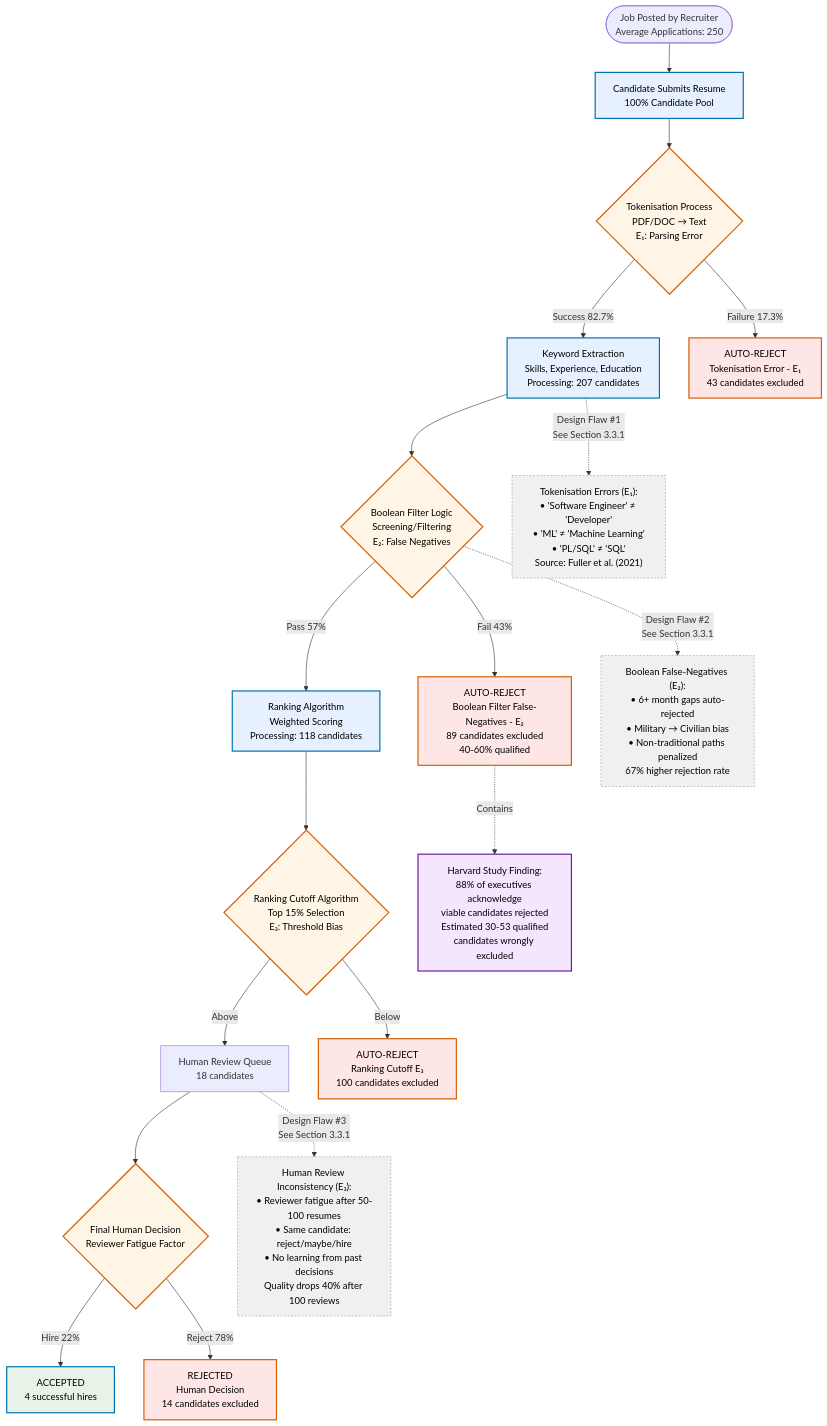
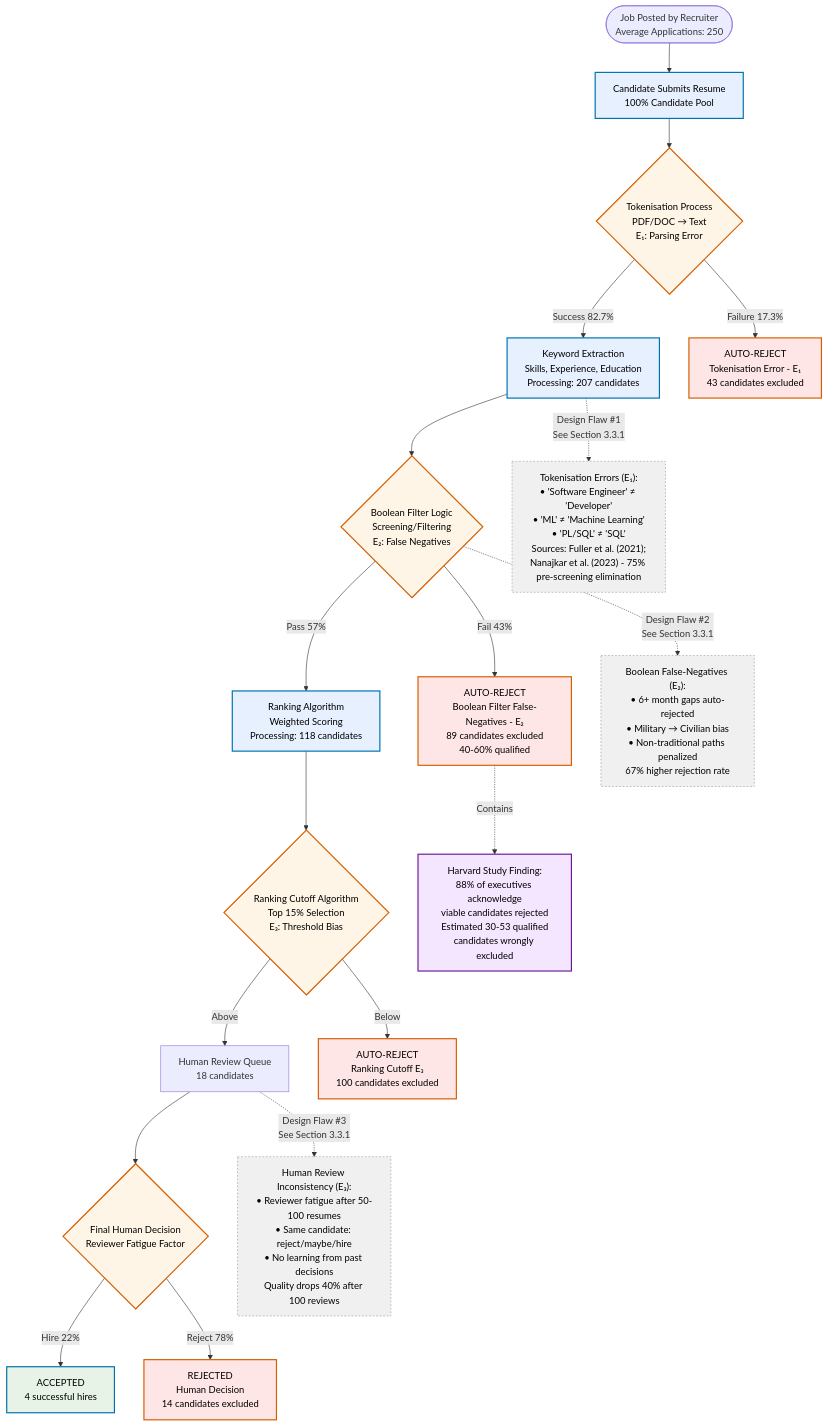
One commit to greyyT/thesis changed the diagram in PART_3.md. Above: the diagram before and after it, drawn with Mermaid. The commit also changed other lines of this file and 2 other files, not shown here.

Commit message:
feat(docs): enhance PART_3 with detailed flowchart of ATS workflow stages and integrate recent research findings

````diff
--- a/PART_3.md
+++ b/PART_3.md
@@ -60,47 +60,47 @@
 ```mermaid
 flowchart TD
     %% Probability tracking
     Start([Job Posted by Recruiter<br/>Average Applications: 250]) --> Submit[Candidate Submits Resume<br/>100% Candidate Pool]
 
     Submit --> Parse{Tokenisation Process<br/>PDF/DOC → Text<br/>E₁: Parsing Error}
     Parse -->|Success 82.7%| Extract[Keyword Extraction<br/>Skills, Experience, Education<br/>Processing: 207 candidates]
     Parse -->|Failure 17.3%| RejectParse[AUTO-REJECT<br/>Tokenisation Error - E₁<br/>43 candidates excluded]
 
     Extract --> Screen{Boolean Filter Logic<br/>Screening/Filtering<br/>E₂: False Negatives}
 
     Screen -->|Pass 57%| Rank[Ranking Algorithm<br/>Weighted Scoring<br/>Processing: 118 candidates]
     Screen -->|Fail 43%| RejectScreen[AUTO-REJECT<br/>Boolean Filter False-Negatives - E₂<br/>89 candidates excluded<br/>40-60% qualified]
 
     Rank --> Threshold{Ranking Cutoff Algorithm<br/>Top 15% Selection<br/>E₃: Threshold Bias}
     Threshold -->|Above| Human[Human Review Queue<br/>18 candidates]
     Threshold -->|Below| RejectThreshold[AUTO-REJECT<br/>Ranking Cutoff E₃<br/>100 candidates excluded]
 
     Human --> Final{Final Human Decision<br/>Reviewer Fatigue Factor}
     Final -->|Hire 22%| Accept[ACCEPTED<br/>4 successful hires]
     Final -->|Reject 78%| RejectFinal[REJECTED<br/>Human Decision<br/>14 candidates excluded]
 
     %% Highlight critical failure points with Harvard study findings
     RejectScreen -.->|Contains| QualifiedPool[Harvard Study Finding:<br/>88% of executives acknowledge<br/>viable candidates rejected<br/>Estimated 30-53 qualified<br/>candidates wrongly excluded]
 
     %% Design flaw annotations with Section references
-    Extract -.->|Design Flaw #1<br/>See Section 3.3.1| StaticKeywords["Tokenisation Errors (E₁):<br/>• 'Software Engineer' ≠ 'Developer'<br/>• 'ML' ≠ 'Machine Learning'<br/>• 'PL/SQL' ≠ 'SQL'<br/>Source: Fuller et al. (2021)"]
+    Extract -.->|Design Flaw #1<br/>See Section 3.3.1| StaticKeywords["Tokenisation Errors (E₁):<br/>• 'Software Engineer' ≠ 'Developer'<br/>• 'ML' ≠ 'Machine Learning'<br/>• 'PL/SQL' ≠ 'SQL'<br/>Sources: Fuller et al. (2021);<br/>Nanajkar et al. (2023) - 75% pre-screening elimination"]
 
     Screen -.->|Design Flaw #2<br/>See Section 3.3.1| HomogeneityBias["Boolean False-Negatives (E₂):<br/>• 6+ month gaps auto-rejected<br/>• Military → Civilian bias<br/>• Non-traditional paths penalized<br/>67% higher rejection rate"]
 
     Human -.->|Design Flaw #3<br/>See Section 3.3.1| BlackBox["Human Review Inconsistency (E₃):<br/>• Reviewer fatigue after 50-100 resumes<br/>• Same candidate: reject/maybe/hire<br/>• No learning from past decisions<br/>Quality drops 40% after 100 reviews"]
 
     %% Color-blind friendly styling (WCAG 2.1 AA compliant)
     classDef rejectNode fill:#ffe6e6,stroke:#D55E00,stroke-width:2px,color:#000
     classDef acceptNode fill:#e6f3e6,stroke:#0072B2,stroke-width:2px,color:#000
     classDef processNode fill:#e6f0ff,stroke:#0072B2,stroke-width:2px,color:#000
     classDef decisionNode fill:#fff5e6,stroke:#D55E00,stroke-width:2px,color:#000
     classDef flawNode fill:#f0f0f0,stroke:#999999,stroke-width:1px,stroke-dasharray: 3 3,color:#000
     classDef statsNode fill:#f5e6ff,stroke:#6a1b9a,stroke-width:2px,color:#000
 
     class RejectParse,RejectScreen,RejectThreshold,RejectFinal rejectNode
     class Accept acceptNode
     class Submit,Extract,Rank processNode
     class Parse,Screen,Threshold,Final decisionNode
     class StaticKeywords,HomogeneityBias,BlackBox flawNode
     class QualifiedPool statsNode
 ```
````
